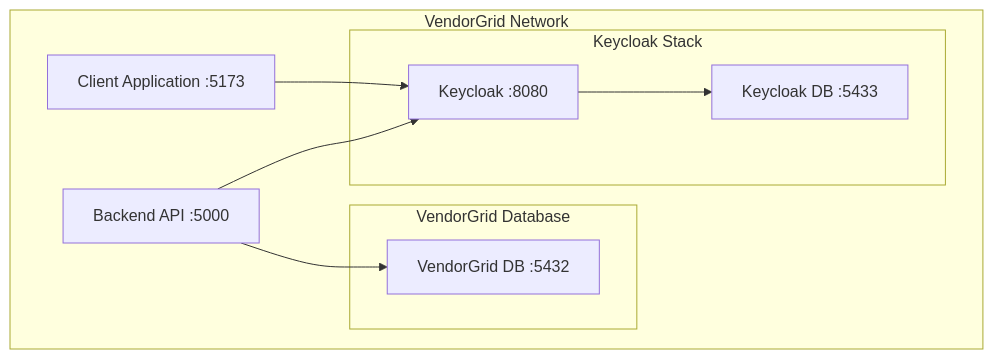
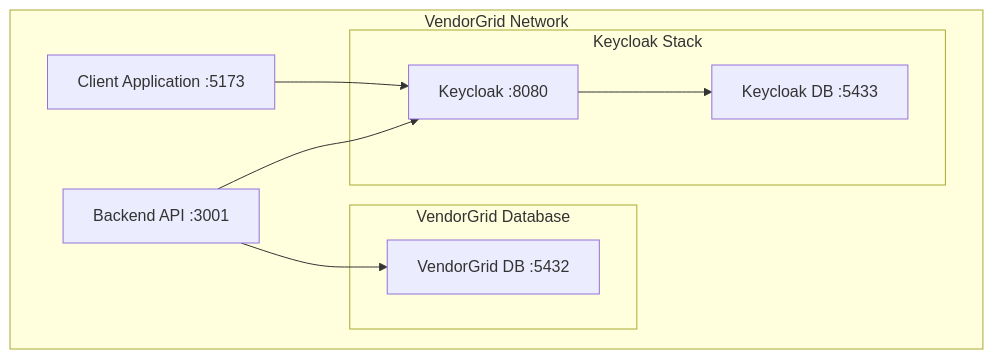
The diagram in docs/keycloak-setup.md (achosoluto/VendorGrid), drawn with Mermaid before and after one commit. The commit also changed other lines of this file and 30 other files, not shown here.

````diff
--- a/docs/keycloak-setup.md
+++ b/docs/keycloak-setup.md
@@ -39,21 +39,21 @@
 ```mermaid
 graph TB
     subgraph "VendorGrid Network"
         Client[Client Application :5173]
-        Backend[Backend API :5000]
+        Backend[Backend API :3001]
         
         subgraph "Keycloak Stack"
             Keycloak[Keycloak :8080]
             KeycloakDB[Keycloak DB :5433]
         end
         
         subgraph "VendorGrid Database"
             VGridDB[VendorGrid DB :5432]
         end
     end
     
     Client --> Keycloak
     Backend --> Keycloak
     Keycloak --> KeycloakDB
     Backend --> VGridDB
 ```
````
